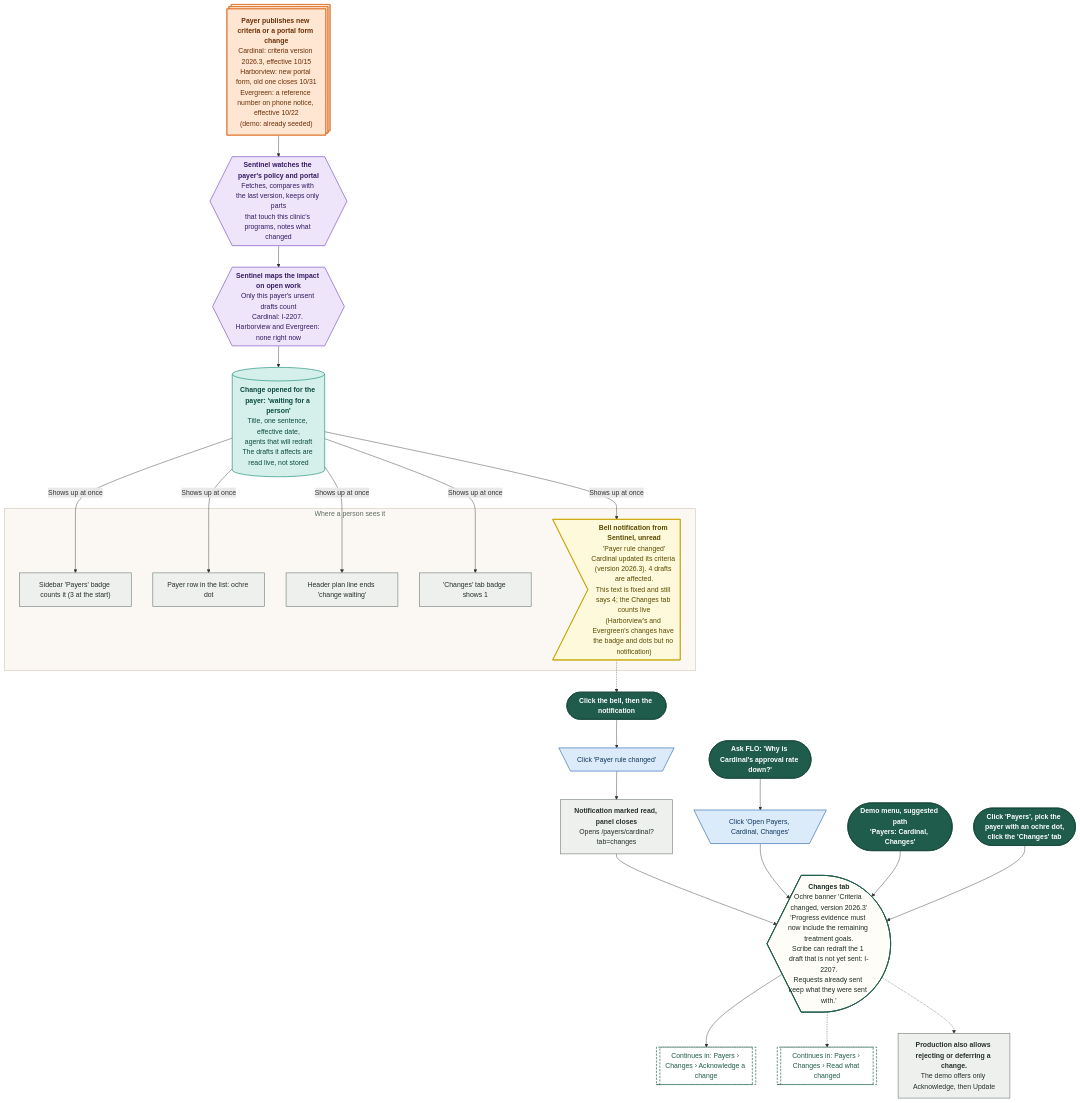
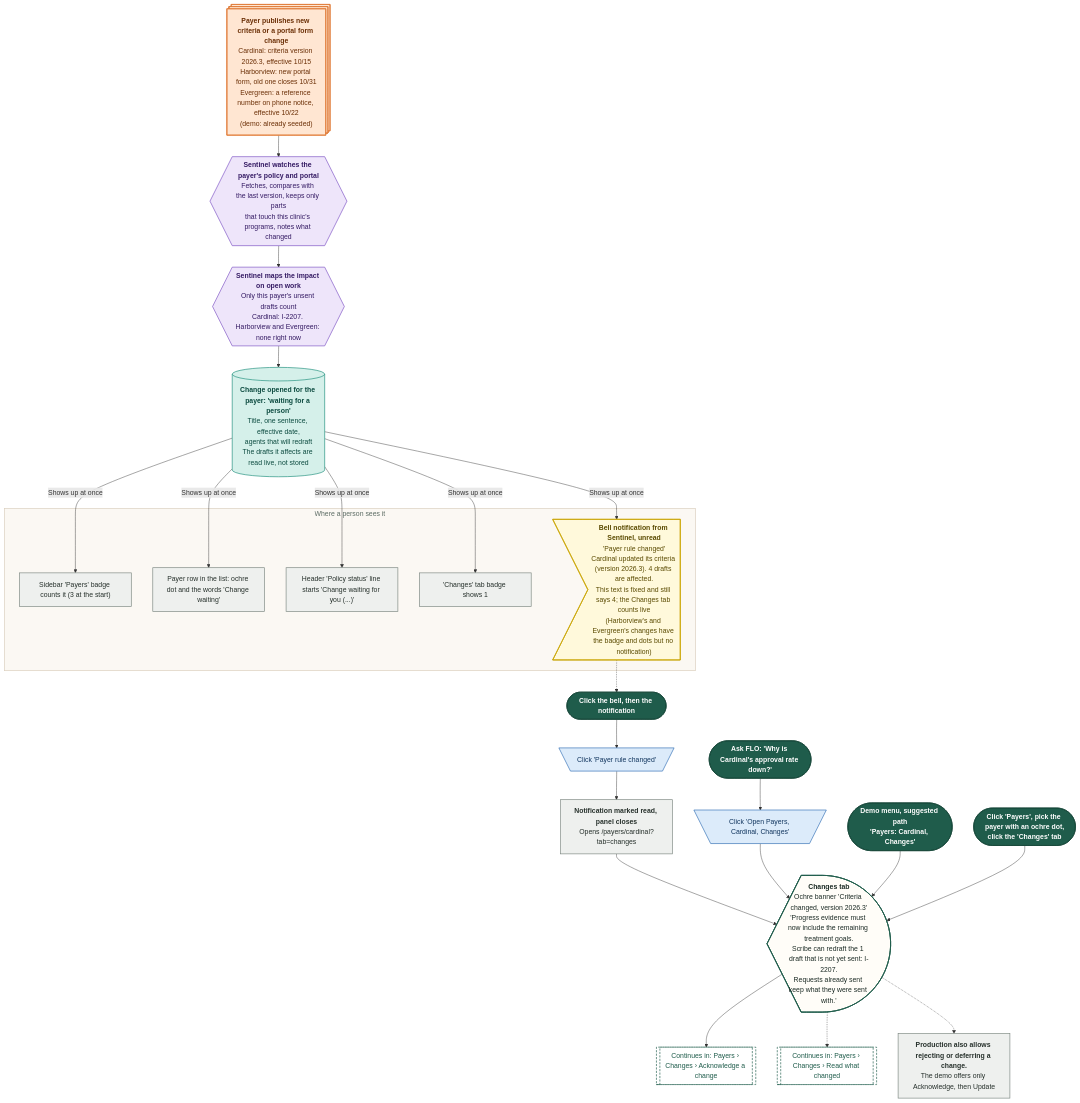
One commit to Shrav143/psyfloapp changed diagram 21 of 26 in demos/prior-auth-demo/workflows/out/md/10-payers.md. Above: the diagram before and after it, drawn with Mermaid. The commit also changed other lines of this file and 192 other files, not shown here.

First line of the commit message:
docs: changelog by sidebar tab; README, diagrams and Settings layout aligned with the refinement; shared InfoTip; referral cost-share line

````diff
--- a/demos/prior-auth-demo/workflows/out/md/10-payers.md
+++ b/demos/prior-auth-demo/workflows/out/md/10-payers.md
@@ -1488,62 +1577,62 @@
 ```mermaid
 %%{init: {"theme":"base","themeVariables":{"fontFamily":"'DM Sans', 'Segoe UI', system-ui, sans-serif","fontSize":"15px","lineColor":"#5B6B63","primaryTextColor":"#1C2B25","clusterBkg":"#FBF8F3","clusterBorder":"#D9CDBB","edgeLabelBackground":"#FFFFFF"},"flowchart":{"curve":"basis","nodeSpacing":36,"rankSpacing":48,"padding":12,"htmlLabels":true,"useMaxWidth":false,"wrappingWidth":230}} }%%
 flowchart TD
   classDef k_start fill:#1F5C4B,stroke:#174638,color:#FFFFFF,stroke-width:1.5px,font-weight:600
   classDef k_end fill:#DDEFE3,stroke:#2E7D4F,color:#14502F,stroke-width:1.5px,font-weight:600
   classDef k_endx fill:#FBE3E0,stroke:#C0392B,color:#7A1F16,stroke-width:1.5px,font-weight:600
   classDef k_screen fill:#FFFDF8,stroke:#1F5C4B,color:#1C2B25,stroke-width:2px
   classDef k_overlay fill:#F1F7F3,stroke:#1F5C4B,color:#1C2B25,stroke-width:2px,stroke-dasharray:5 3
   classDef k_click fill:#DCEBFA,stroke:#2F6DB5,color:#12365F,stroke-width:1.5px
   classDef k_input fill:#E4E7FF,stroke:#4C5FD5,color:#1D2670,stroke-width:1.5px
   classDef k_process fill:#EEF0EE,stroke:#7A857F,color:#26302B,stroke-width:1.5px
   classDef k_agent fill:#EEE5FA,stroke:#7A4FC2,color:#341A63,stroke-width:1.5px
   classDef k_decision fill:#FFF0CC,stroke:#D9962B,color:#5C3B00,stroke-width:1.5px
   classDef k_store fill:#D5F0EA,stroke:#1C8E7B,color:#0B4A3F,stroke-width:1.5px
   classDef k_doc fill:#F6E9DC,stroke:#B07A4C,color:#4A2E14,stroke-width:1.5px
   classDef k_ext fill:#FFE6D2,stroke:#E07B39,color:#6B2F06,stroke-width:1.5px
   classDef k_wait fill:#E4E8EE,stroke:#6B7C93,color:#26303D,stroke-width:1.5px
   classDef k_toast fill:#FFF9DB,stroke:#C9A400,color:#5A4A00,stroke-width:1.5px
   classDef k_goto fill:#FFFFFF,stroke:#1F5C4B,color:#1F5C4B,stroke-width:1.5px,stroke-dasharray:5 3
   px@{ shape: st-rect, label: "<b>Payer publishes new criteria or a portal form change</b><br/>Cardinal: criteria version 2026.3, effective 10/15<br/>Harborview: new portal form, old one closes 10/31<br/>Evergreen: a reference number on phone notice, effective 10/22<br/>(demo: already seeded)" }
   sn@{ shape: hex, label: "<b>Sentinel watches the payer's policy and portal</b><br/>Fetches, compares with the last version, keeps only parts<br/>that touch this clinic's programs, notes what changed" }
   mp@{ shape: hex, label: "<b>Sentinel maps the impact on open work</b><br/>Only this payer's unsent drafts count<br/>Cardinal: I-2207. Harborview and Evergreen: none right now" }
   pc@{ shape: cyl, label: "<b>Change opened for the payer: 'waiting for a person'</b><br/>Title, one sentence, effective date,<br/>agents that will redraft<br/>The drafts it affects are read live, not stored" }
   subgraph gS ["Where a person sees it"]
   s1@{ shape: rect, label: "Sidebar 'Payers' badge counts it (3 at the start)" }
-  s2@{ shape: rect, label: "Payer row in the list: ochre dot" }
-  s3@{ shape: rect, label: "Header plan line ends 'change waiting'" }
+  s2@{ shape: rect, label: "Payer row in the list: ochre dot and the words 'Change waiting'" }
+  s3@{ shape: rect, label: "Header 'Policy status' line starts 'Change waiting for you (...)'" }
   s4@{ shape: rect, label: "'Changes' tab badge shows 1" }
   s5@{ shape: odd, label: "<b>Bell notification from Sentinel, unread</b><br/>'Payer rule changed'<br/>Cardinal updated its criteria (version 2026.3). 4 drafts are affected.<br/>This text is fixed and still says 4; the Changes tab counts live<br/>(Harborview's and Evergreen's changes have the badge and dots but no notification)" }
   end
   st1@{ shape: stadium, label: "Click the bell, then the notification" }
   cn@{ shape: trap-t, label: "Click 'Payer rule changed'" }
   mr@{ shape: rect, label: "<b>Notification marked read, panel closes</b><br/>Opens /payers/cardinal?tab=changes" }
   st2@{ shape: stadium, label: "Ask FLO: 'Why is Cardinal's approval rate down?'" }
   cl@{ shape: trap-t, label: "Click 'Open Payers, Cardinal, Changes'" }
   st3@{ shape: stadium, label: "<b>Demo menu, suggested path</b><br/>'Payers: Cardinal, Changes'" }
   st4@{ shape: stadium, label: "<b>Click 'Payers', pick the payer with an ochre dot,</b><br/>click the 'Changes' tab" }
   ch@{ shape: curv-trap, label: "<b>Changes tab</b><br/>Ochre banner 'Criteria changed, version 2026.3'<br/>'Progress evidence must now include the remaining treatment goals.<br/>Scribe can redraft the 1 draft that is not yet sent: I-2207.<br/>Requests already sent keep what they were sent with.'" }
   rj@{ shape: rect, label: "<b>Production also allows rejecting or deferring a change.</b><br/>The demo offers only Acknowledge, then Update" }
   g1@{ shape: subproc, label: "Continues in: Payers › Changes › Acknowledge a change" }
   g2@{ shape: subproc, label: "Continues in: Payers › Changes › Read what changed" }
   px --> sn --> mp --> pc
   pc -->|"Shows up at once"| s1 & s2 & s3 & s4 & s5
   st1 --> cn --> mr --> ch
   s5 -.-> st1
   st2 --> cl --> ch
   st3 --> ch
   st4 --> ch
   ch --> g1
   ch -.-> g2
   ch -.-> rj
   class px k_ext
   class sn,mp k_agent
   class pc k_store
   class s1,s2,s3,s4,mr,rj k_process
   class s5 k_toast
   class st1,st2,st3,st4 k_start
   class cn,cl k_click
   class ch k_screen
   class g1,g2 k_goto
   style gS fill:#FBF8F3,stroke:#D9CDBB,stroke-width:1.5px,color:#5B6B63
 ```
````
